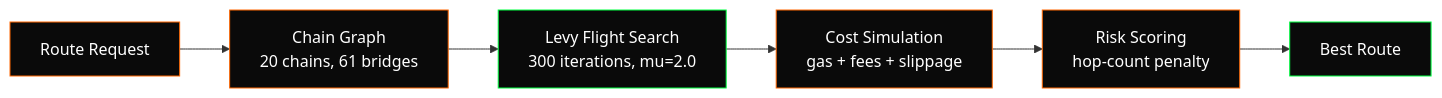
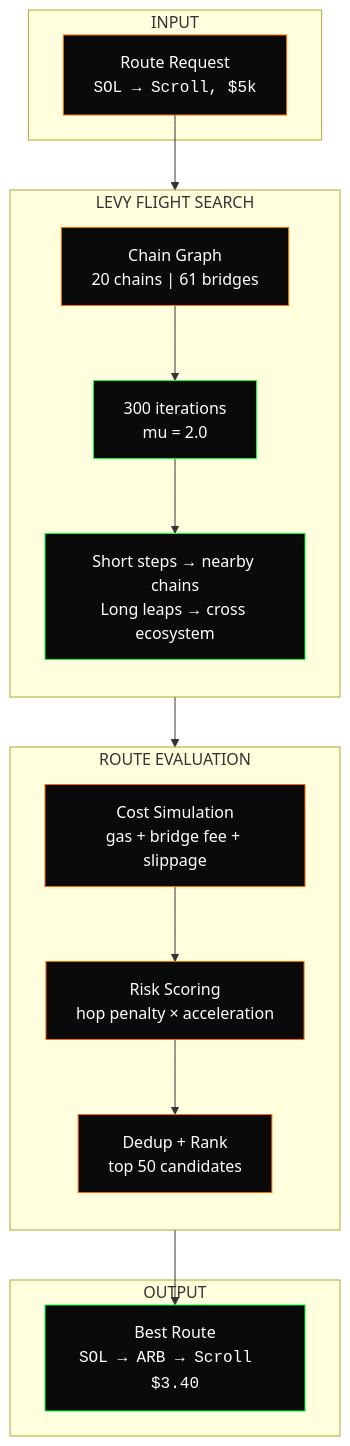
The third of 3 diagrams in README.md (REVY2026/revy), drawn with Mermaid before and after one commit. The commit also changed other lines of this file, not shown here.

Commit message:
docs: redesign How It Works with route visualization diagrams

````diff
--- a/README.md
+++ b/README.md
@@ -46,15 +93,39 @@
 ```mermaid
-graph LR
-    A[Route Request] --> B[Chain Graph<br/>20 chains, 61 bridges]
-    B --> C[Levy Flight Search<br/>300 iterations, mu=2.0]
-    C --> D[Cost Simulation<br/>gas + fees + slippage]
-    D --> E[Risk Scoring<br/>hop-count penalty]
-    E --> F[Best Route]
+graph TB
+    subgraph INPUT
+        A["Route Request<br/><code>SOL → Scroll, $5k</code>"]
+    end
+
+    subgraph SEARCH ["LEVY FLIGHT SEARCH"]
+        direction TB
+        B["Chain Graph<br/>20 chains | 61 bridges"]
+        C["300 iterations<br/>mu = 2.0"]
+        D["Short steps → nearby chains<br/>Long leaps → cross ecosystem"]
+        B --> C --> D
+    end
+
+    subgraph EVAL ["ROUTE EVALUATION"]
+        direction TB
+        E["Cost Simulation<br/>gas + bridge fee + slippage"]
+        F["Risk Scoring<br/>hop penalty × acceleration"]
+        G["Dedup + Rank<br/>top 50 candidates"]
+        E --> F --> G
+    end
+
+    subgraph OUTPUT
+        H["Best Route<br/><code>SOL → ARB → Scroll  $3.40</code>"]
+    end
+
+    A --> B
+    D --> E
+    G --> H
 
     style A fill:#0a0a0a,stroke:#ff6600,color:#fff
     style B fill:#0a0a0a,stroke:#ff6600,color:#fff
     style C fill:#0a0a0a,stroke:#00ff41,color:#fff
-    style D fill:#0a0a0a,stroke:#ff6600,color:#fff
+    style D fill:#0a0a0a,stroke:#00ff41,color:#fff
     style E fill:#0a0a0a,stroke:#ff6600,color:#fff
-    style F fill:#0a0a0a,stroke:#00ff41,color:#fff
+    style F fill:#0a0a0a,stroke:#ff6600,color:#fff
+    style G fill:#0a0a0a,stroke:#ff6600,color:#fff
+    style H fill:#0a0a0a,stroke:#00ff41,color:#fff
 ```
````
